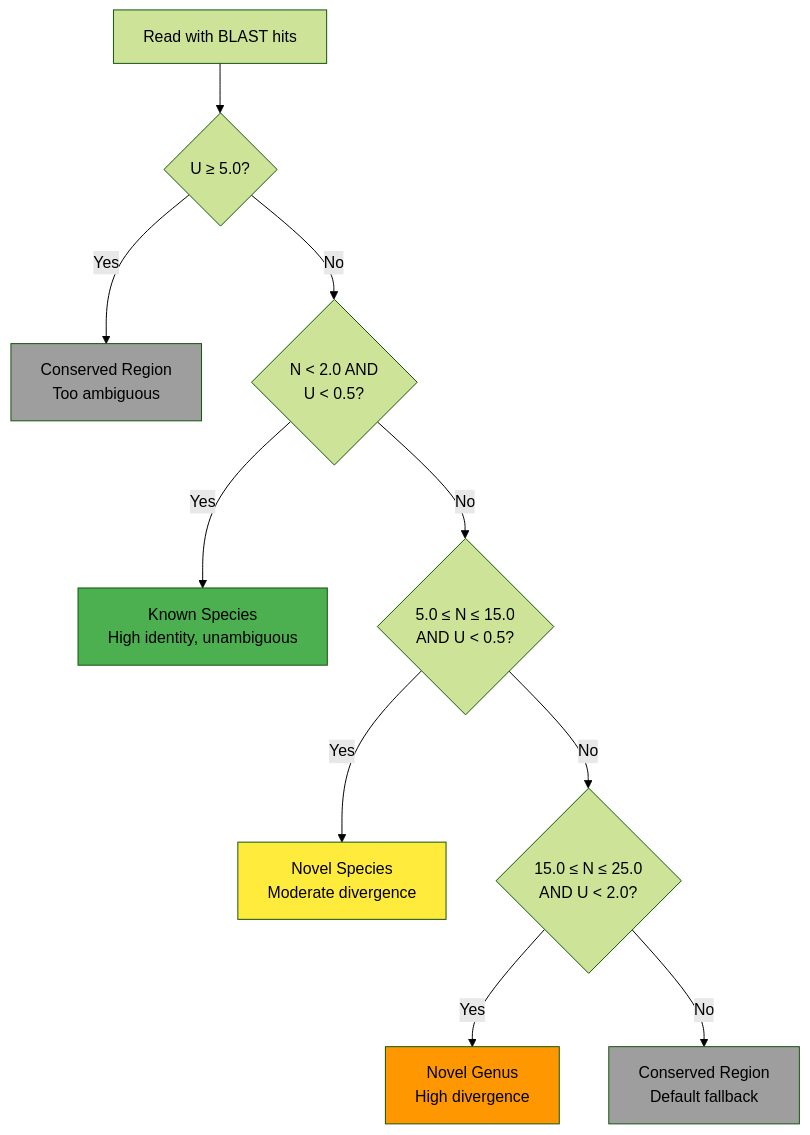
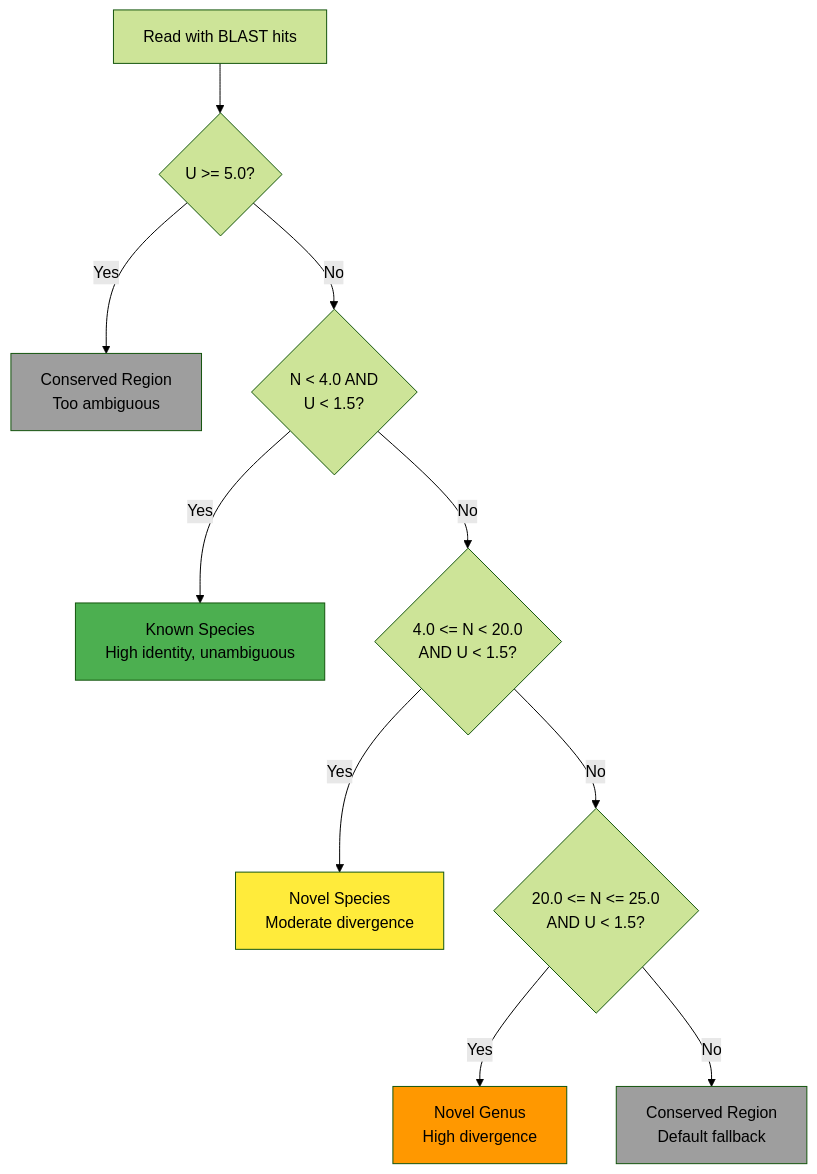
Before and after one commit to FOI-Bioinformatics/metadarkmatter: the third of 4 diagrams in docs/TECHNICAL_MANUAL.md, drawn with Mermaid (forest theme). The commit also changed other lines of this file and 19 other files, not shown here.

````diff
--- a/docs/TECHNICAL_MANUAL.md
+++ b/docs/TECHNICAL_MANUAL.md
@@ -286,26 +276,26 @@
 ```mermaid
 graph TD
-    START[Read with BLAST hits] --> CHECK_U{U ≥ 5.0?}
+    START[Read with BLAST hits] --> CHECK_U{U >= 5.0?}
 
     CHECK_U -->|Yes| CONSERVED[Conserved Region<br/>Too ambiguous]
 
-    CHECK_U -->|No| CHECK_KNOWN{N < 2.0 AND<br/>U < 0.5?}
+    CHECK_U -->|No| CHECK_KNOWN{N < 4.0 AND<br/>U < 1.5?}
 
     CHECK_KNOWN -->|Yes| KNOWN[Known Species<br/>High identity, unambiguous]
 
-    CHECK_KNOWN -->|No| CHECK_NOVEL_SP{5.0 ≤ N ≤ 15.0<br/>AND U < 0.5?}
+    CHECK_KNOWN -->|No| CHECK_NOVEL_SP{4.0 <= N < 20.0<br/>AND U < 1.5?}
 
     CHECK_NOVEL_SP -->|Yes| NOVEL_SP[Novel Species<br/>Moderate divergence]
 
-    CHECK_NOVEL_SP -->|No| CHECK_NOVEL_GEN{15.0 ≤ N ≤ 25.0<br/>AND U < 2.0?}
+    CHECK_NOVEL_SP -->|No| CHECK_NOVEL_GEN{20.0 <= N <= 25.0<br/>AND U < 1.5?}
 
     CHECK_NOVEL_GEN -->|Yes| NOVEL_GEN[Novel Genus<br/>High divergence]
 
     CHECK_NOVEL_GEN -->|No| DEFAULT[Conserved Region<br/>Default fallback]
 
     style NOVEL_SP fill:#ffeb3b
     style NOVEL_GEN fill:#ff9800
     style KNOWN fill:#4caf50
     style CONSERVED fill:#9e9e9e
     style DEFAULT fill:#9e9e9e
 ```
````
